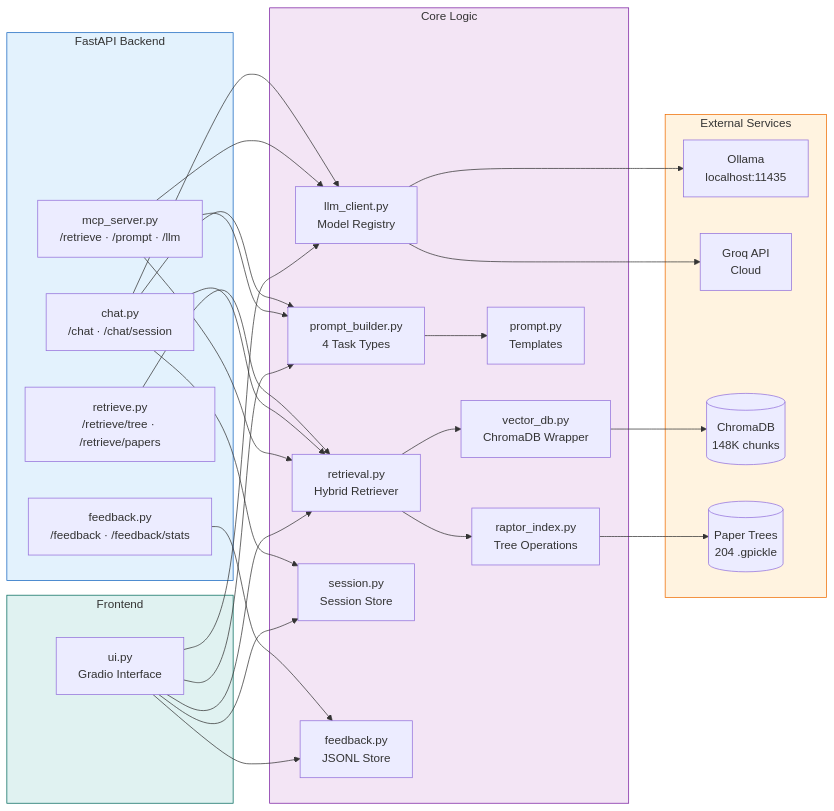
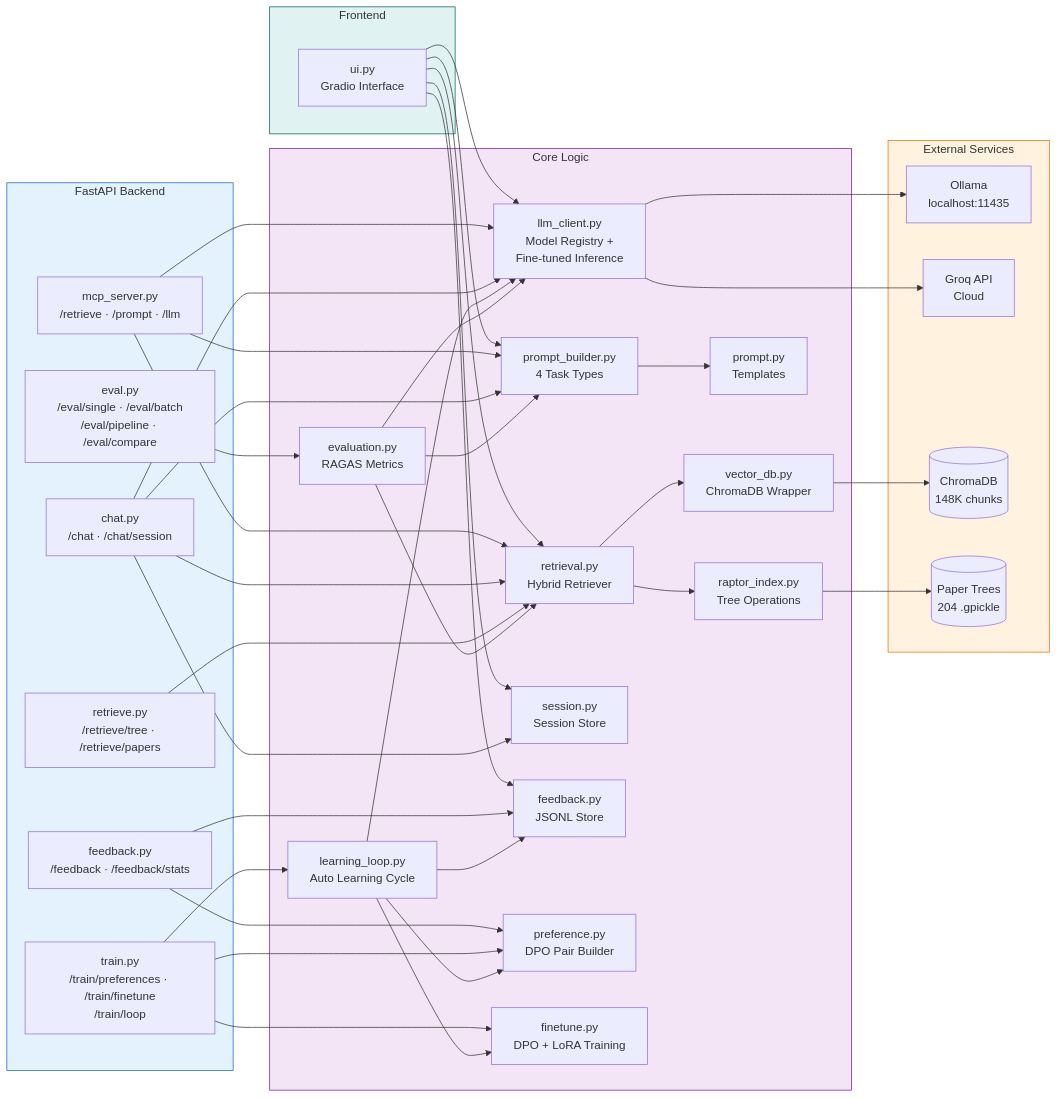
Before and after one commit to priyankmistry21699-web/raptor-research-assistant: the fourth of 5 diagrams in README.md, drawn with Mermaid. The commit also changed other lines of this file and 12 other files, not shown here.

First line of the commit message:
Implement Sections 11-14: Preference Dataset, DPO Fine-Tuning, Learning Loop, RAGAS Evaluation

````diff
--- a/README.md
+++ b/README.md
@@ -188,48 +198,58 @@
 ```mermaid
 graph LR
     subgraph API["FastAPI Backend"]
         MCP["mcp_server.py<br/>/retrieve · /prompt · /llm"]
         CHAT["chat.py<br/>/chat · /chat/session"]
         FB["feedback.py<br/>/feedback · /feedback/stats"]
         RET["retrieve.py<br/>/retrieve/tree · /retrieve/papers"]
+        TRAIN["train.py<br/>/train/preferences · /train/finetune<br/>/train/loop"]
+        EVALAPI["eval.py<br/>/eval/single · /eval/batch<br/>/eval/pipeline · /eval/compare"]
     end
 
     subgraph CORE["Core Logic"]
         RI["raptor_index.py<br/>Tree Operations"]
         RT["retrieval.py<br/>Hybrid Retriever"]
         VDB["vector_db.py<br/>ChromaDB Wrapper"]
         PB["prompt_builder.py<br/>4 Task Types"]
         PT["prompt.py<br/>Templates"]
-        LLM["llm_client.py<br/>Model Registry"]
+        LLM["llm_client.py<br/>Model Registry +<br/>Fine-tuned Inference"]
         SM["session.py<br/>Session Store"]
         FBS["feedback.py<br/>JSONL Store"]
+        PREF["preference.py<br/>DPO Pair Builder"]
+        FT["finetune.py<br/>DPO + LoRA Training"]
+        LL["learning_loop.py<br/>Auto Learning Cycle"]
+        EV["evaluation.py<br/>RAGAS Metrics"]
     end
 
     subgraph UI_LAYER["Frontend"]
         GR["ui.py<br/>Gradio Interface"]
     end
 
     subgraph EXTERNAL["External Services"]
         OL["Ollama<br/>localhost:11435"]
         GQ["Groq API<br/>Cloud"]
         CH[("ChromaDB<br/>148K chunks")]
         FS[("Paper Trees<br/>204 .gpickle")]
     end
 
     GR --> RT & PB & LLM & SM & FBS
     MCP --> RT & PB & LLM
     CHAT --> RT & PB & LLM & SM
-    FB --> FBS
+    FB --> FBS & PREF
     RET --> RT
+    TRAIN --> PREF & FT & LL
+    EVALAPI --> EV
 
     RT --> VDB & RI
     PB --> PT
     VDB --> CH
     RI --> FS
     LLM --> OL & GQ
+    LL --> FBS & PREF & FT & LLM
+    EV --> RT & PB & LLM
 
     style API fill:#e3f2fd,stroke:#1565c0
     style CORE fill:#f3e5f5,stroke:#7b1fa2
     style UI_LAYER fill:#e0f2f1,stroke:#00695c
     style EXTERNAL fill:#fff3e0,stroke:#ef6c00
 ```
````
